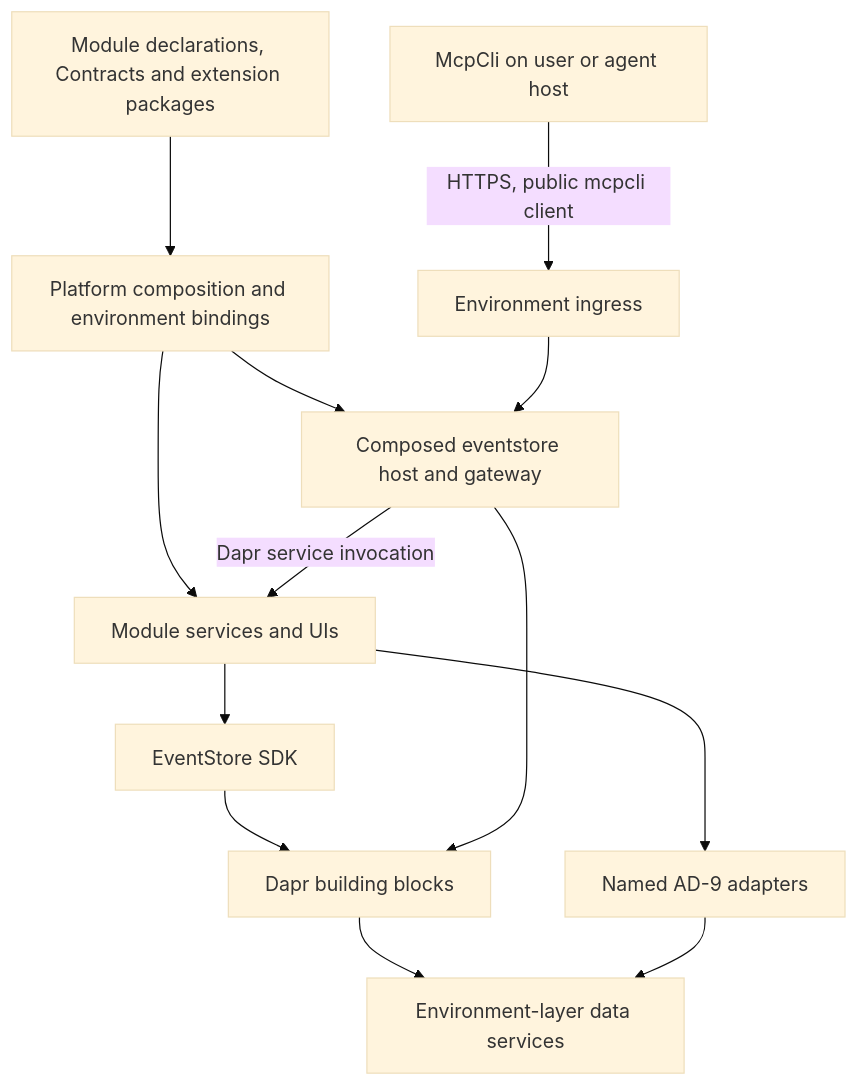
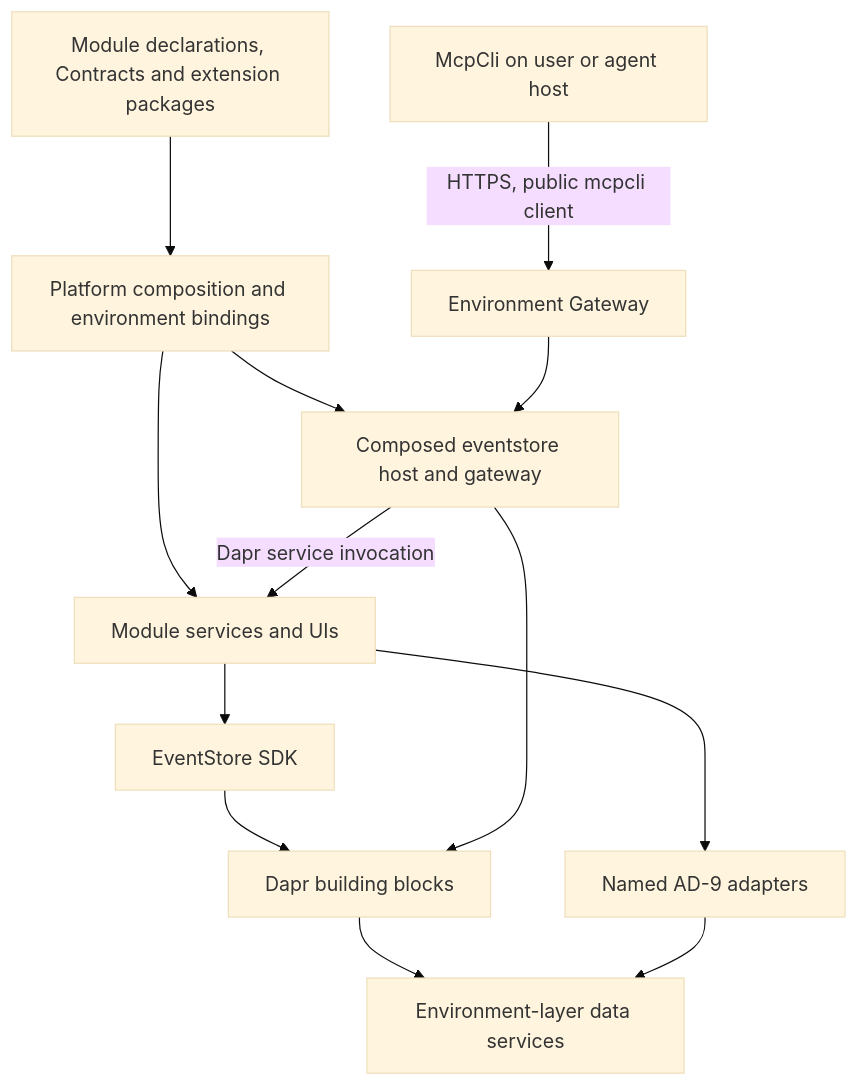
The first of 4 diagrams in _bmad-output/planning-artifacts/architecture/architecture-platform-2026-09-27/ARCHITECTURE-SPINE.md (Hexalith/Hexalith.Platform), drawn with Mermaid (base theme) before and after one commit. The commit also changed other lines of this file and 28 other files, not shown here.

````diff
--- a/_bmad-output/planning-artifacts/architecture/architecture-platform-2026-09-27/ARCHITECTURE-SPINE.md
+++ b/_bmad-output/planning-artifacts/architecture/architecture-platform-2026-09-27/ARCHITECTURE-SPINE.md
@@ -33,15 +41,15 @@
 ```mermaid
 flowchart TD
     Declarations["Module declarations, Contracts and extension packages"] --> Composition["Platform composition and environment bindings"]
     Composition --> Host["Composed eventstore host and gateway"]
     Composition --> Apps["Module services and UIs"]
     Host -->|Dapr service invocation| Apps
     Apps --> SDK["EventStore SDK"]
     SDK --> Dapr["Dapr building blocks"]
     Host --> Dapr
     Apps --> Adapters["Named AD-9 adapters"]
     Dapr --> Providers["Environment-layer data services"]
     Adapters --> Providers
-    Mcp["McpCli on user or agent host"] -->|HTTPS, public mcpcli client| Ingress["Environment ingress"]
-    Ingress --> Host
+    Mcp["McpCli on user or agent host"] -->|HTTPS, public mcpcli client| Gateway["Environment Gateway"]
+    Gateway --> Host
 ```
````
